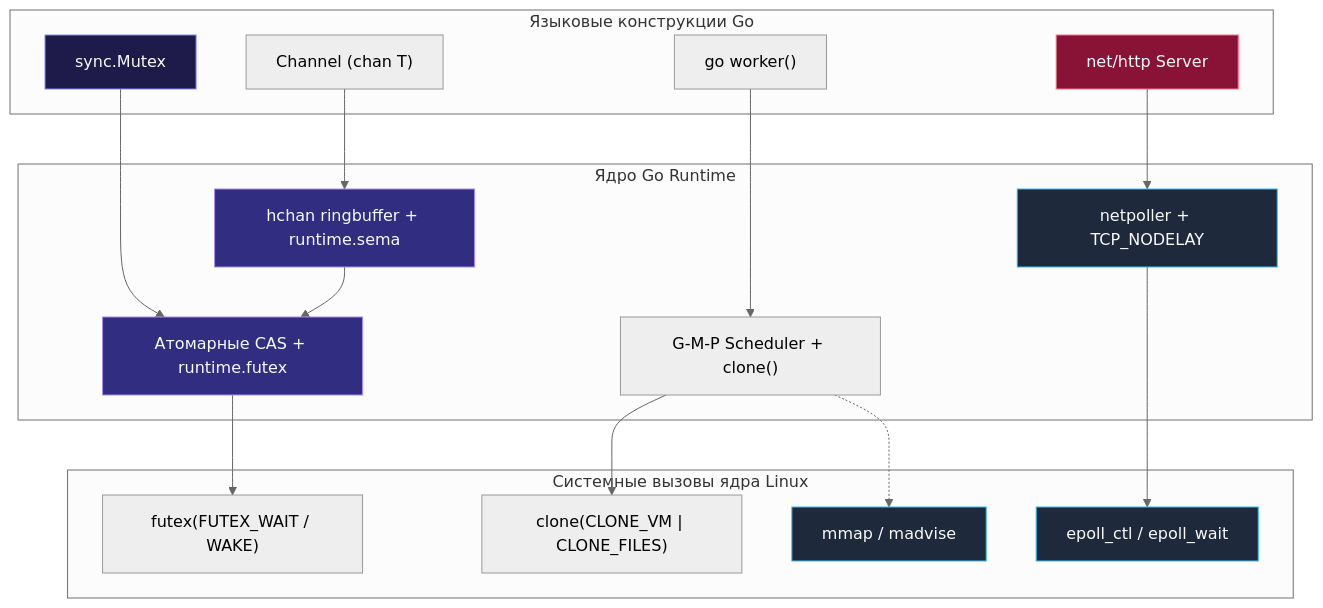
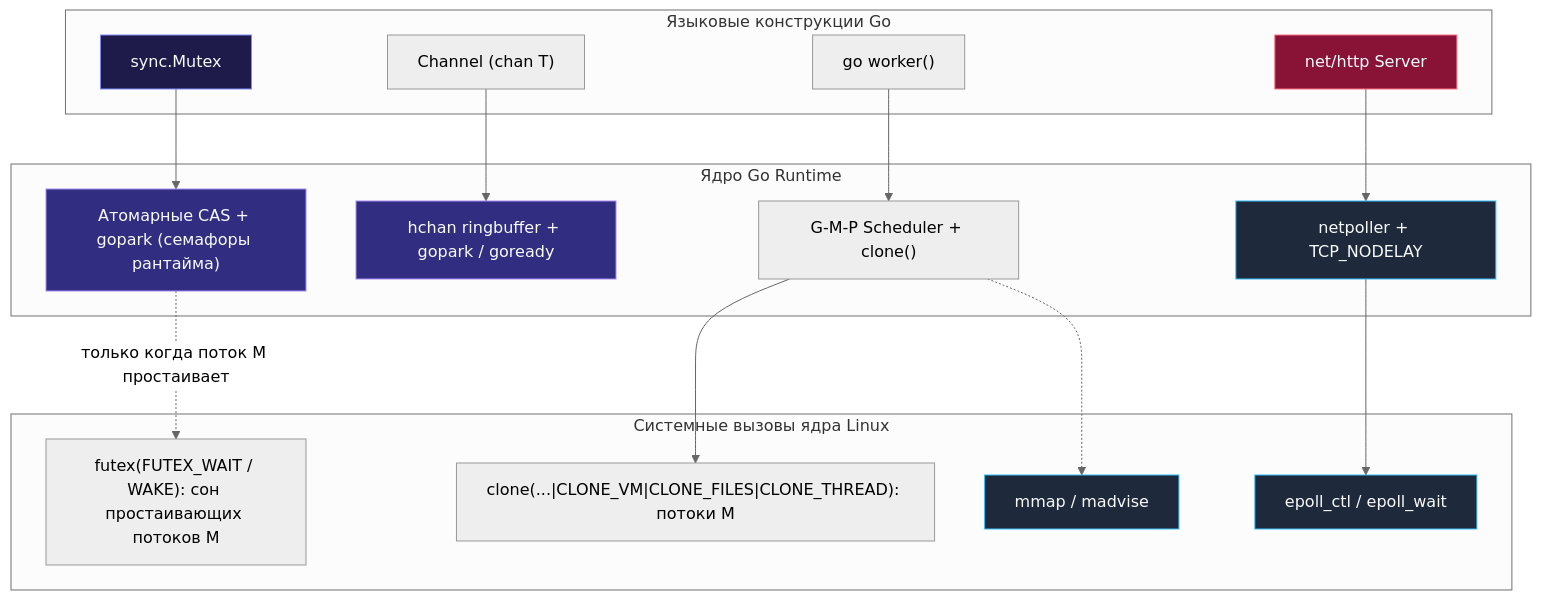
The fourth of 4 diagrams in sources/2. Устройство и работа ОС/63. Итоги раздела. Картина ОС целиком для Go-разработчика.md (UnrealTemplier/go-textbook-ru), drawn with Mermaid (neutral theme) before and after one commit. The commit also changed other lines of this file and 59 other files, not shown here.

````diff
--- a/sources/2. Устройство и работа ОС/63. Итоги раздела. Картина ОС целиком для Go-разработчика.md
+++ b/sources/2. Устройство и работа ОС/63. Итоги раздела. Картина ОС целиком для Go-разработчика.md
@@ -165,39 +165,40 @@
 ```mermaid
 flowchart TD
     classDef process  fill:#1e293b,stroke:#38bdf8,stroke-width:1px,color:#f8fafc
     classDef success  fill:#064e3b,stroke:#34d399,stroke-width:1px,color:#f8fafc
     classDef error    fill:#7f1d1d,stroke:#f87171,stroke-width:1px,color:#f8fafc
     classDef warning  fill:#78350f,stroke:#fbbf24,stroke-width:1px,color:#f8fafc
     classDef entry    fill:#1e3a5f,stroke:#38bdf8,stroke-width:2px,color:#f8fafc
     classDef aux      fill:#334155,stroke:#64748b,stroke-width:1px,color:#f8fafc
     classDef system   fill:#312e81,stroke:#a78bfa,stroke-width:1px,color:#f8fafc
     classDef data     fill:#132d29,stroke:#2dd4bf,stroke-width:1px,color:#f8fafc
     classDef network  fill:#881337,stroke:#fb7185,stroke-width:1px,color:#f8fafc
     classDef accent   fill:#1e1b4b,stroke:#818cf8,stroke-width:1px,color:#f8fafc
     subgraph GoLanguage ["Языковые конструкции Go"]
         SyncMutex["sync.Mutex"]:::accent
         GoChannel["Channel (chan T)"]
         GoroutineSpawn["go worker()"]
         NetHTTP["net/http Server"]:::network
     end
 
     subgraph RuntimeEngine ["Ядро Go Runtime"]
-        FutexShim["Атомарные CAS + runtime.futex"]:::system
-        ChannelShim["hchan ringbuffer + runtime.sema"]:::system
+        FutexShim["Атомарные CAS + gopark (семафоры рантайма)"]:::system
+        ChannelShim["hchan ringbuffer + gopark / goready"]:::system
         GMP_Engine["G-M-P Scheduler + clone()"]
         NetpollEngine["netpoller + TCP_NODELAY"]:::process
     end
 
     subgraph KernelSyscalls ["Системные вызовы ядра Linux"]
-        SysFutex["futex(FUTEX_WAIT / WAKE)"]
-        SysClone["clone(CLONE_VM | CLONE_FILES)"]
+        SysFutex["futex(FUTEX_WAIT / WAKE): сон простаивающих потоков M"]
+        SysClone["clone(...|CLONE_VM|CLONE_FILES|CLONE_THREAD): потоки M"]
         SysEpoll["epoll_ctl / epoll_wait"]:::process
         SysMmap["mmap / madvise"]:::process
     end
 
-    SyncMutex --> FutexShim --> SysFutex
-    GoChannel --> ChannelShim --> FutexShim
+    SyncMutex --> FutexShim
+    GoChannel --> ChannelShim
+    FutexShim -.->|"только когда поток M простаивает"| SysFutex
     GoroutineSpawn --> GMP_Engine --> SysClone
     NetHTTP --> NetpollEngine --> SysEpoll
     GMP_Engine -.-> SysMmap
 ```
````
